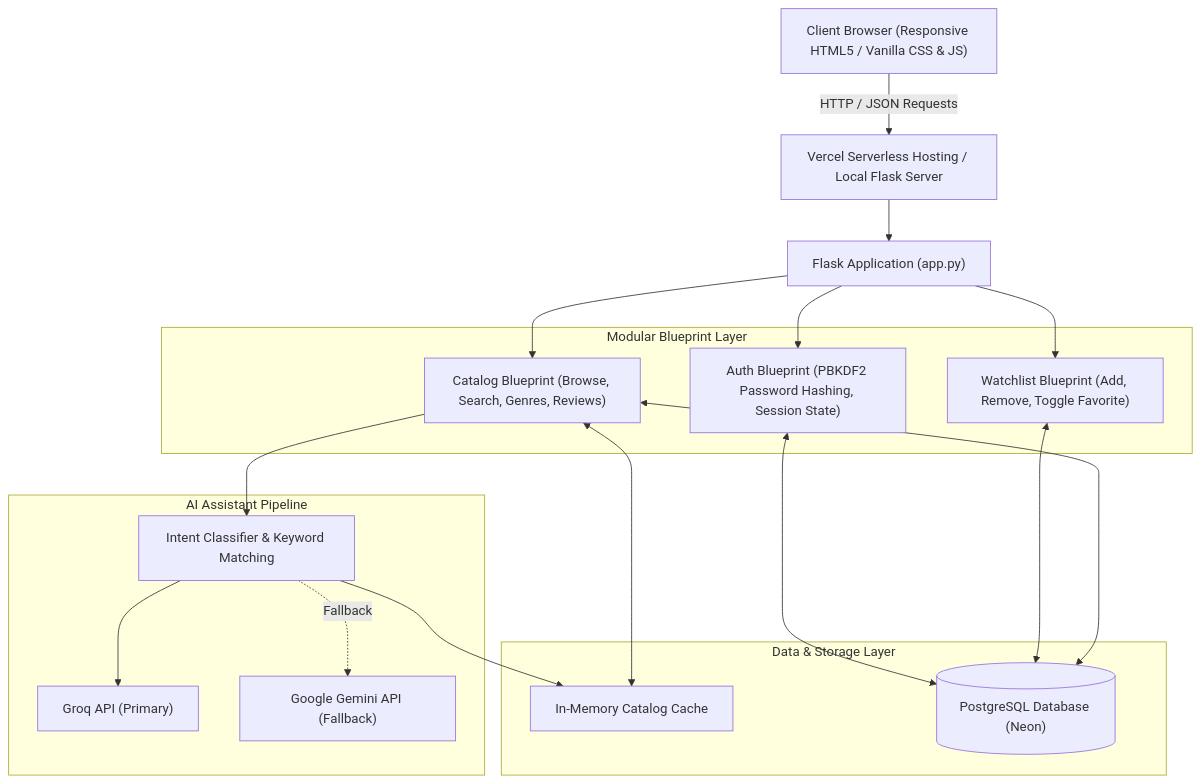
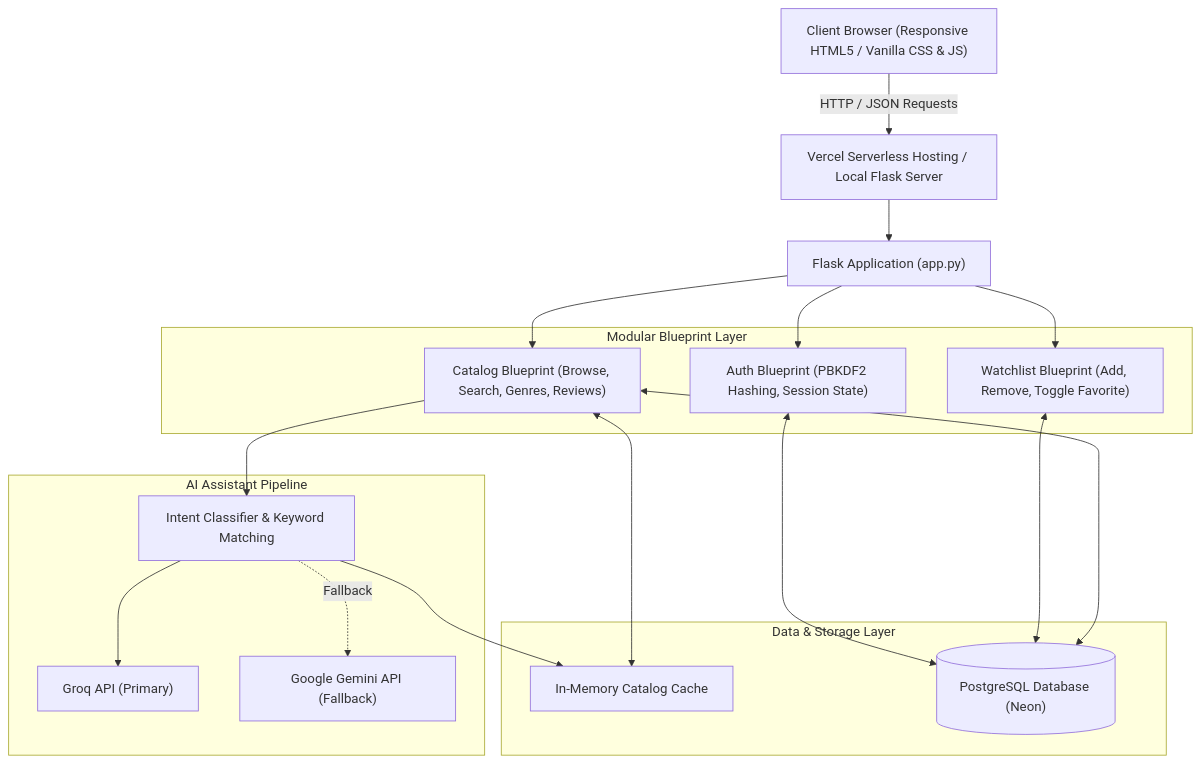
The diagram in README.md (Spidey173/ChibiBytes), drawn with Mermaid before and after one commit. The commit also changed other lines of this file, not shown here.

````diff
--- a/README.md
+++ b/README.md
@@ -49,39 +49,39 @@
 ```mermaid
 graph TD
     Client["Client Browser (Responsive HTML5 / Vanilla CSS & JS)"]
     Edge["Vercel Serverless Hosting / Local Flask Server"]
     Flask["Flask Application (app.py)"]
 
     subgraph Blueprints ["Modular Blueprint Layer"]
-        AuthBP["Auth Blueprint (PBKDF2 Password Hashing, Session State)"]
+        AuthBP["Auth Blueprint (PBKDF2 Hashing, Session State)"]
         CatalogBP["Catalog Blueprint (Browse, Search, Genres, Reviews)"]
         WatchlistBP["Watchlist Blueprint (Add, Remove, Toggle Favorite)"]
     end
 
     subgraph DataLayer ["Data & Storage Layer"]
         MemCache["In-Memory Catalog Cache"]
         PostgresDB[("PostgreSQL Database (Neon)")]
     end
 
     subgraph AIAssistant ["AI Assistant Pipeline"]
         IntentRouter["Intent Classifier & Keyword Matching"]
         Groq["Groq API (Primary)"]
         Gemini["Google Gemini API (Fallback)"]
     end
 
     Client -->|HTTP / JSON Requests| Edge
     Edge --> Flask
     Flask --> AuthBP
     Flask --> CatalogBP
     Flask --> WatchlistBP
 
     CatalogBP <--> MemCache
     AuthBP <--> PostgresDB
     WatchlistBP <--> PostgresDB
     CatalogBP <--> PostgresDB
 
     CatalogBP --> IntentRouter
     IntentRouter --> Groq
     IntentRouter -.->|Fallback| Gemini
     IntentRouter --> MemCache
 ```
````
